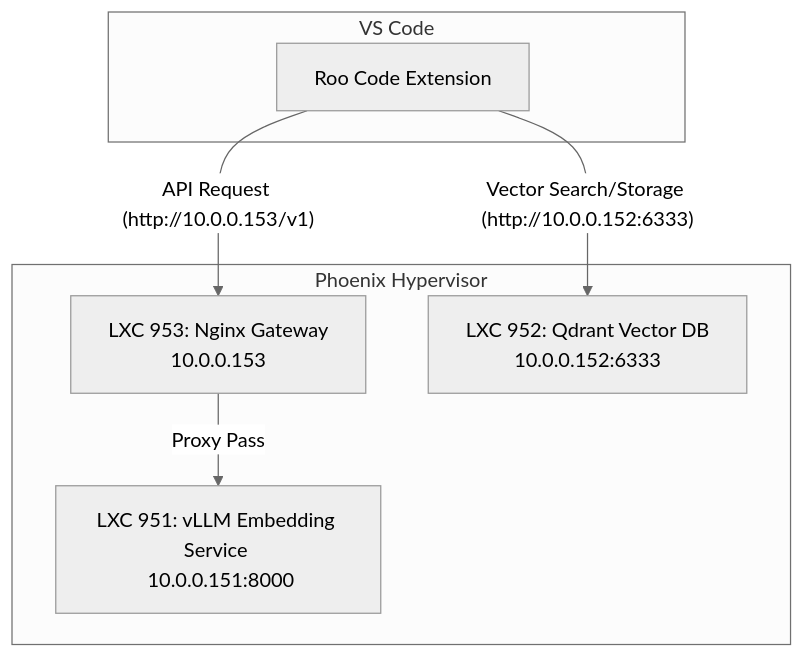
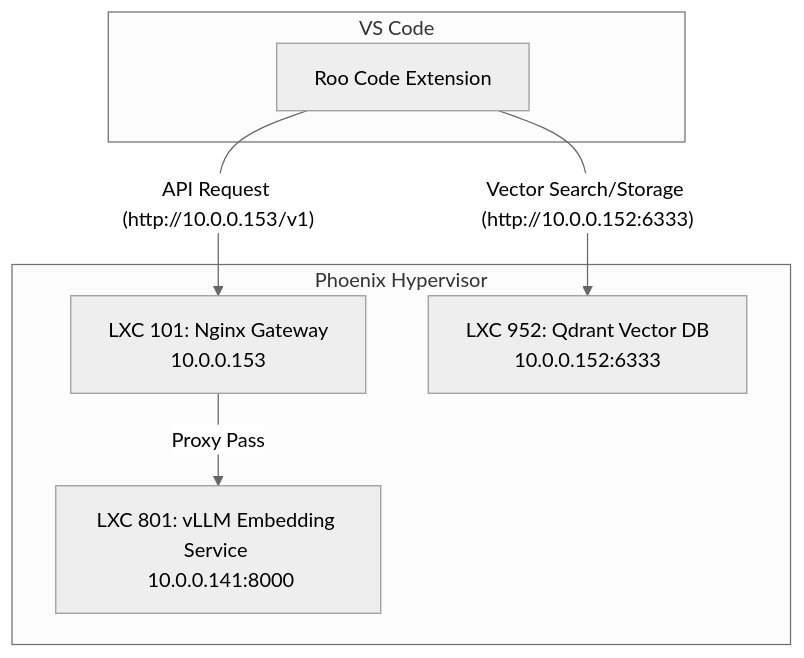
One commit to SirHeads/Testing-ideas changed the diagram in Thinkheads.AI_docs/03_phoenix_hypervisor_implementation/00_guides/04_roo_code_integration_guide.md. Above: the diagram before and after it, drawn with Mermaid (neutral theme). The commit also changed other lines of this file and 12 other files, not shown here.

````diff
--- a/Thinkheads.AI_docs/03_phoenix_hypervisor_implementation/00_guides/04_roo_code_integration_guide.md
+++ b/Thinkheads.AI_docs/03_phoenix_hypervisor_implementation/00_guides/04_roo_code_integration_guide.md
@@ -33,16 +33,16 @@
 ```mermaid
 graph TD
     subgraph "VS Code"
         A[Roo Code Extension]
     end
 
     subgraph "Phoenix Hypervisor"
-        C[LXC 953: Nginx Gateway <br> 10.0.0.153]
-        B[LXC 951: vLLM Embedding Service <br> 10.0.0.151:8000]
+        C[LXC 101: Nginx Gateway <br> 10.0.0.153]
+        B[LXC 801: vLLM Embedding Service <br> 10.0.0.141:8000]
         D[LXC 952: Qdrant Vector DB <br> 10.0.0.152:6333]
     end
 
     A -- "API Request (http://10.0.0.153/v1)" --> C
     C -- "Proxy Pass" --> B
     A -- "Vector Search/Storage (http://10.0.0.152:6333)" --> D
 ```
````
